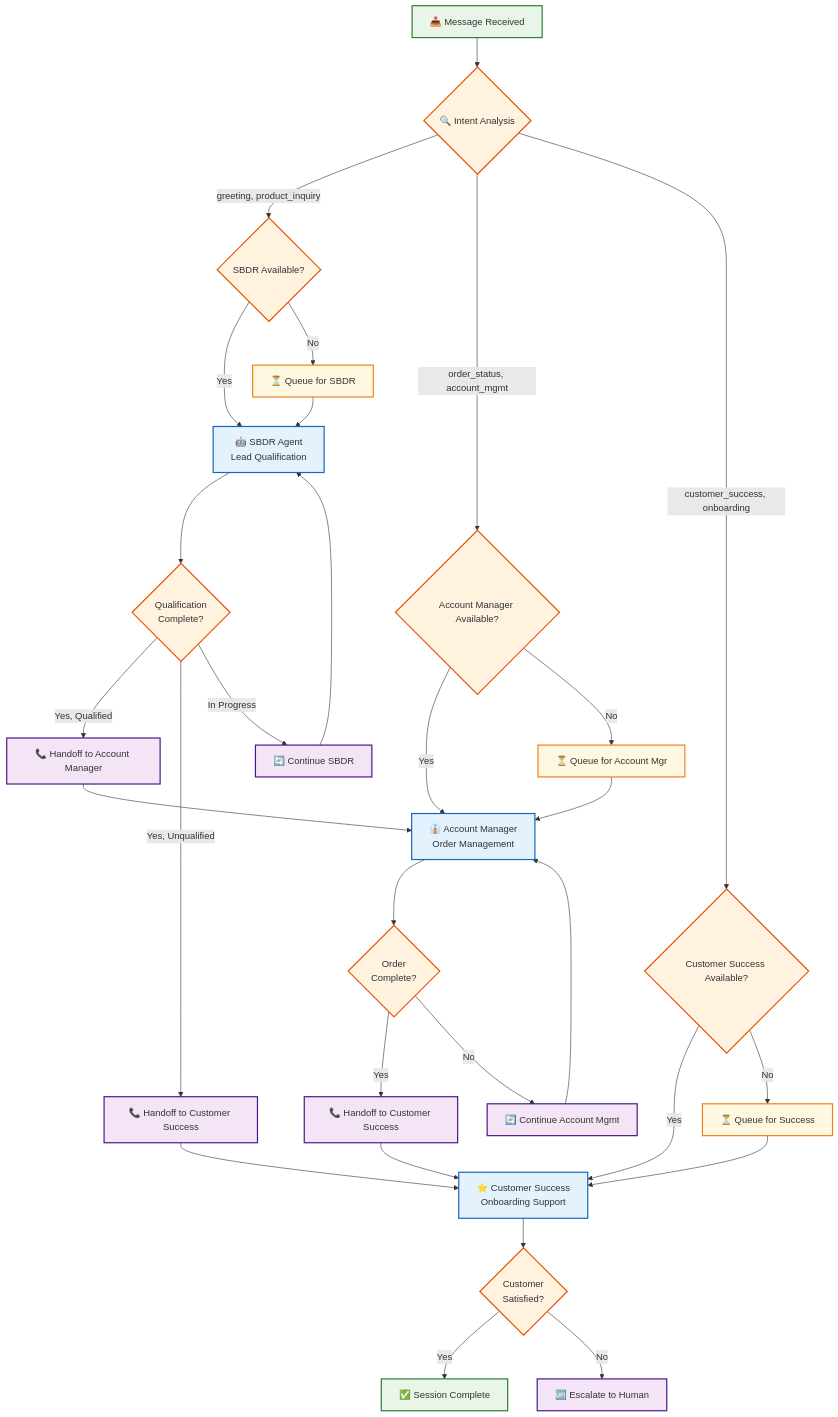
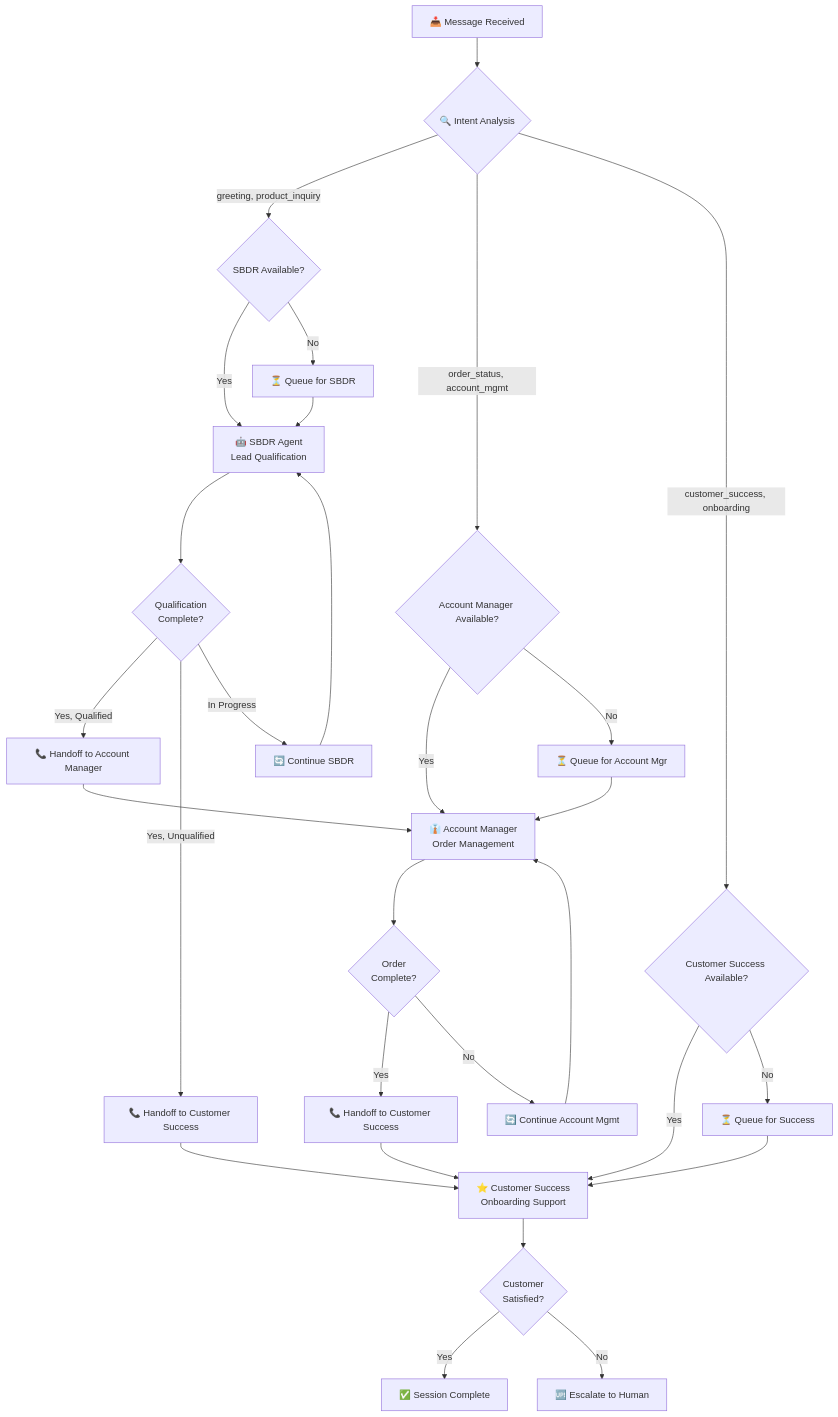
Before and after one commit to simonbermudez/SIGMAGENT: the second of 3 diagrams in README.md, drawn with Mermaid. The commit also changed other lines of this file, not shown here.

Commit message:
fix: Update README to improve Mermaid diagram syntax and enhance clarity of system metrics

````diff
--- a/README.md
+++ b/README.md
@@ -211,54 +211,41 @@
 ```mermaid
 flowchart TD
-    START[📥 Message Received] --> INTENT{🔍 Intent Analysis}
+    START["📥 Message Received"] --> INTENT{"🔍 Intent Analysis"}
     
-    INTENT -->|greeting, product_inquiry| SBDR_CHECK{SBDR Available?}
-    INTENT -->|order_status, account_mgmt| ACCOUNT_CHECK{Account Manager Available?}
-    INTENT -->|customer_success, onboarding| SUCCESS_CHECK{Customer Success Available?}
+    INTENT -->|"greeting, product_inquiry"| SBDR_CHECK{"SBDR Available?"}
+    INTENT -->|"order_status, account_mgmt"| ACCOUNT_CHECK{"Account Manager Available?"}
+    INTENT -->|"customer_success, onboarding"| SUCCESS_CHECK{"Customer Success Available?"}
     
-    SBDR_CHECK -->|Yes| SBDR[🤖 SBDR Agent<br/>Lead Qualification]
-    SBDR_CHECK -->|No| QUEUE1[⏳ Queue for SBDR]
+    SBDR_CHECK -->|"Yes"| SBDR["🤖 SBDR Agent<br/>Lead Qualification"]
+    SBDR_CHECK -->|"No"| QUEUE1["⏳ Queue for SBDR"]
     
-    ACCOUNT_CHECK -->|Yes| ACCOUNT[👔 Account Manager<br/>Order Management]
-    ACCOUNT_CHECK -->|No| QUEUE2[⏳ Queue for Account Mgr]
+    ACCOUNT_CHECK -->|"Yes"| ACCOUNT["👔 Account Manager<br/>Order Management"]
+    ACCOUNT_CHECK -->|"No"| QUEUE2["⏳ Queue for Account Mgr"]
     
-    SUCCESS_CHECK -->|Yes| SUCCESS[⭐ Customer Success<br/>Onboarding Support]
-    SUCCESS_CHECK -->|No| QUEUE3[⏳ Queue for Success]
+    SUCCESS_CHECK -->|"Yes"| SUCCESS["⭐ Customer Success<br/>Onboarding Support"]
+    SUCCESS_CHECK -->|"No"| QUEUE3["⏳ Queue for Success"]
     
-    SBDR --> QUALIFY{Qualification<br/>Complete?}
-    QUALIFY -->|Yes, Qualified| HANDOFF_ACCOUNT[📞 Handoff to Account Manager]
-    QUALIFY -->|Yes, Unqualified| HANDOFF_SUCCESS[📞 Handoff to Customer Success]
-    QUALIFY -->|In Progress| CONTINUE_SBDR[🔄 Continue SBDR]
+    SBDR --> QUALIFY{"Qualification<br/>Complete?"}
+    QUALIFY -->|"Yes, Qualified"| HANDOFF_ACCOUNT["📞 Handoff to Account Manager"]
+    QUALIFY -->|"Yes, Unqualified"| HANDOFF_SUCCESS["📞 Handoff to Customer Success"]
+    QUALIFY -->|"In Progress"| CONTINUE_SBDR["🔄 Continue SBDR"]
     
-    ACCOUNT --> ORDER_COMPLETE{Order<br/>Complete?}
-    ORDER_COMPLETE -->|Yes| HANDOFF_SUCCESS2[📞 Handoff to Customer Success]
-    ORDER_COMPLETE -->|No| CONTINUE_ACCOUNT[🔄 Continue Account Mgmt]
+    ACCOUNT --> ORDER_COMPLETE{"Order<br/>Complete?"}
+    ORDER_COMPLETE -->|"Yes"| HANDOFF_SUCCESS2["📞 Handoff to Customer Success"]
+    ORDER_COMPLETE -->|"No"| CONTINUE_ACCOUNT["🔄 Continue Account Mgmt"]
     
-    SUCCESS --> SATISFACTION{Customer<br/>Satisfied?}
-    SATISFACTION -->|Yes| COMPLETE[✅ Session Complete]
-    SATISFACTION -->|No| ESCALATE[🆙 Escalate to Human]
+    SUCCESS --> SATISFACTION{"Customer<br/>Satisfied?"}
+    SATISFACTION -->|"Yes"| COMPLETE["✅ Session Complete"]
+    SATISFACTION -->|"No"| ESCALATE["🆙 Escalate to Human"]
     
     QUEUE1 --> SBDR
     QUEUE2 --> ACCOUNT
     QUEUE3 --> SUCCESS
     
     HANDOFF_ACCOUNT --> ACCOUNT
     HANDOFF_SUCCESS --> SUCCESS
     HANDOFF_SUCCESS2 --> SUCCESS
     
     CONTINUE_SBDR --> SBDR
     CONTINUE_ACCOUNT --> ACCOUNT
-    
-    %% Styling
-    classDef startEnd fill:#e8f5e8,stroke:#2e7d32,stroke-width:2px
-    classDef decision fill:#fff3e0,stroke:#e65100,stroke-width:2px
-    classDef agent fill:#e3f2fd,stroke:#1565c0,stroke-width:2px
-    classDef action fill:#f3e5f5,stroke:#4a148c,stroke-width:2px
-    classDef queue fill:#fff8e1,stroke:#f57f17,stroke-width:2px
-    
-    class START,COMPLETE startEnd
-    class INTENT,SBDR_CHECK,ACCOUNT_CHECK,SUCCESS_CHECK,QUALIFY,ORDER_COMPLETE,SATISFACTION decision
-    class SBDR,ACCOUNT,SUCCESS agent
-    class HANDOFF_ACCOUNT,HANDOFF_SUCCESS,HANDOFF_SUCCESS2,CONTINUE_SBDR,CONTINUE_ACCOUNT,ESCALATE action
-    class QUEUE1,QUEUE2,QUEUE3 queue
 ```
````
